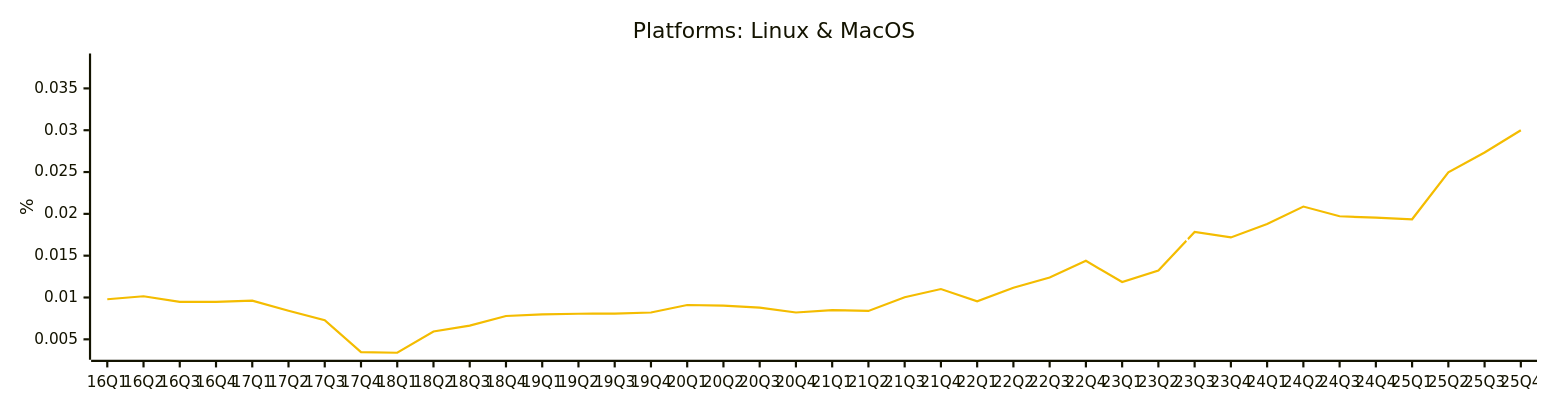
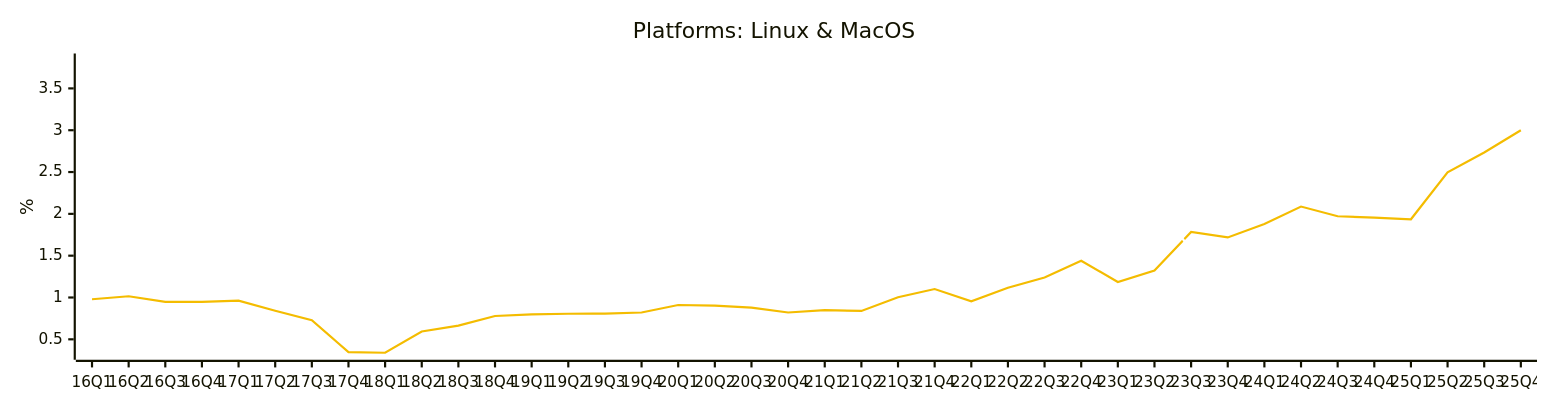
One commit to jdegene/steamHWsurvey changed diagram 12 of 24 in README.md. Above: the diagram before and after it, drawn with Mermaid. The commit also changed other lines of this file and 1 other file, not shown here.

Commit message:
changed to correct percentage formatting in OS

````diff
--- a/README.md
+++ b/README.md
@@ -380,20 +380,20 @@
 ```mermaid
 ---
 config:
     xyChart:
         width: 1400
         height: 350
         
     themeVariables:
         xyChart:
             plotColorPalette: "#F4BC00,#FFFFFF"
 
 --- 
 
 xychart-beta
     title "Platforms: Linux & MacOS"
     x-axis [16Q1, 16Q2, 16Q3, 16Q4, 17Q1, 17Q2, 17Q3, 17Q4, 18Q1, 18Q2, 18Q3, 18Q4, 19Q1, 19Q2, 19Q3, 19Q4, 20Q1, 20Q2, 20Q3, 20Q4, 21Q1, 21Q2, 21Q3, 21Q4, 22Q1, 22Q2, 22Q3, 22Q4, 23Q1, 23Q2, 23Q3, 23Q4, 24Q1, 24Q2, 24Q3, 24Q4, 25Q1, 25Q2, 25Q3, 25Q4]
     y-axis "%" 
-    line [0.009794101283402315, 0.010146741158828477, 0.009468918401389524, 0.009472632343314493, 0.009629629629629629, 0.008423321167084588, 0.007295250063832225, 0.0034668011817717975, 0.003398441306938039, 0.0059352542424518095, 0.006635581054241466, 0.007792481571540832, 0.00799097862283222, 0.008058119058824724, 0.008067585706598313, 0.008207457332870973, 0.009099957124504154, 0.009030286917823621, 0.008788043122276096, 0.008207647312985305, 0.00849437247823317, 0.008395141763634048, 0.010026071423190688, 0.011013315648185392, 0.009541877779899417, 0.011169806037716353, 0.01239522611427655, 0.014385604115105163, 0.011853985164006193, 0.01322420043350276, 0.017838913196090923, 0.017184094503474304, 0.018789606726989223, 0.020875864781679587, 0.019709605011684648, 0.019549152742872885, 0.019352274566892893, 0.02497657992915939, 0.027343770019775962, 0.029991668980838656]
-    line [0.03426696382291342, 0.03605975071392371, 0.034302838264633005, 0.034924043181996066, 0.03216630196936543, 0.030041294740959106, 0.029447565259599295, 0.01435682107395198, 0.014309101509946269, 0.02993829849879545, 0.028238705945020832, 0.031158821949711434, 0.03217267240929559, 0.030001411831144995, 0.030022162449072538, 0.030405102865071674, 0.03364364205649554, 0.03832442067736185, 0.033352458205559404, 0.031819153132144076, 0.031630112200550876, 0.027983351630961172, 0.0249275301274799, 0.026943252265140678, 0.025839857820839824, 0.023139462163852407, 0.02331434627102927, 0.02379708991408111, 0.021308509808416556, 0.021483948101606823, 0.015676751098470096, 0.01361030106909568, 0.014162036189390938, 0.013421722666974256, 0.01310390943676291, 0.013046685143432796, 0.0130661898329446, 0.017428606096422532, 0.01850120918737636, 0.020905923344947737]
+    line [0.9794101283402314, 1.0146741158828476, 0.9468918401389523, 0.9472632343314493, 0.9629629629629629, 0.8423321167084589, 0.7295250063832225, 0.34668011817717975, 0.3398441306938039, 0.593525424245181, 0.6635581054241466, 0.7792481571540832, 0.7990978622832221, 0.8058119058824723, 0.8067585706598314, 0.8207457332870973, 0.9099957124504154, 0.9030286917823621, 0.8788043122276096, 0.8207647312985304, 0.849437247823317, 0.8395141763634049, 1.0026071423190688, 1.101331564818539, 0.9541877779899417, 1.1169806037716354, 1.239522611427655, 1.4385604115105164, 1.1853985164006193, 1.322420043350276, 1.7838913196090922, 1.7184094503474305, 1.8789606726989223, 2.0875864781679585, 1.9709605011684648, 1.9549152742872884, 1.9352274566892893, 2.497657992915939, 2.734377001977596, 2.9991668980838657]
+    line [3.4266963822913423, 3.6059750713923715, 3.4302838264633007, 3.4924043181996067, 3.216630196936543, 3.004129474095911, 2.9447565259599298, 1.435682107395198, 1.430910150994627, 2.9938298498795453, 2.823870594502083, 3.1158821949711433, 3.217267240929559, 3.0001411831144997, 3.002216244907254, 3.0405102865071676, 3.364364205649554, 3.832442067736185, 3.3352458205559405, 3.181915313214408, 3.1630112200550875, 2.7983351630961173, 2.49275301274799, 2.6943252265140676, 2.583985782083982, 2.313946216385241, 2.331434627102927, 2.379708991408111, 2.1308509808416556, 2.1483948101606822, 1.5676751098470096, 1.361030106909568, 1.4162036189390939, 1.3421722666974256, 1.3103909436762908, 1.3046685143432795, 1.30661898329446, 1.7428606096422532, 1.850120918737636, 2.0905923344947737]
 ``` 
````
